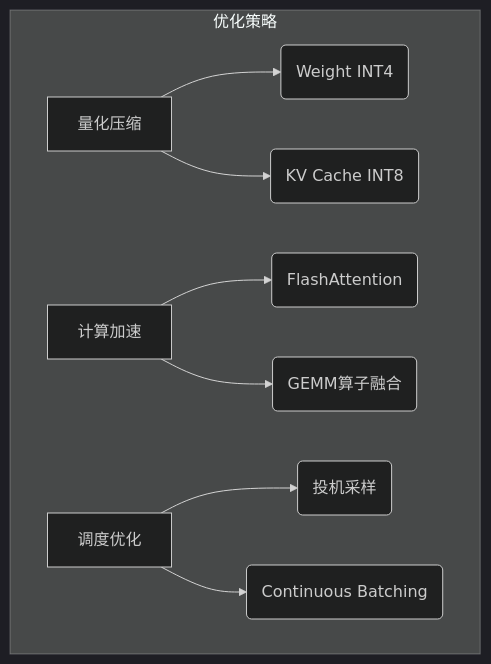
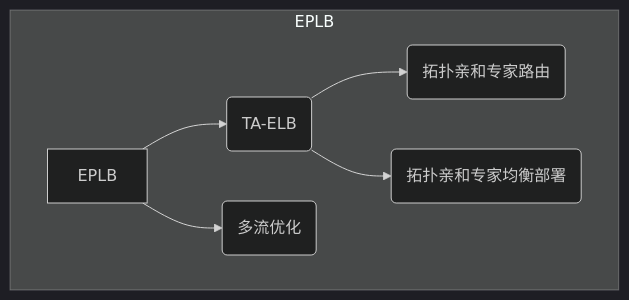
One commit to Skywalker-EP/vllm-ascend changed the diagram in docs/source/_templates/sections/通用大EP EPLB特性调优.md. Above: the diagram before and after it, drawn with Mermaid (dark theme). The commit also changed other lines of this file and 4 other files, not shown here.

````diff
--- a/docs/source/_templates/sections/通用大EP EPLB特性调优.md
+++ b/docs/source/_templates/sections/通用大EP EPLB特性调优.md
@@ -24,11 +39,9 @@
 ```mermaid
 flowchart TD
-  subgraph 优化策略
-    A[量化压缩] --> A1(Weight INT4)
-    A --> A2(KV Cache INT8)
-    B[计算加速] --> B1(FlashAttention)
-    B --> B2(GEMM算子融合)
-    C[调度优化] --> C1(投机采样)
-    C --> C2(Continuous Batching)
+  subgraph EPLB
+    A[EPLB] --> A1(TA-ELB)
+    A --> A2(多流优化)
+    A1 --> B1(拓扑亲和专家路由)
+    A1 --> B2(拓扑亲和专家均衡部署)
   end
 ```
````
